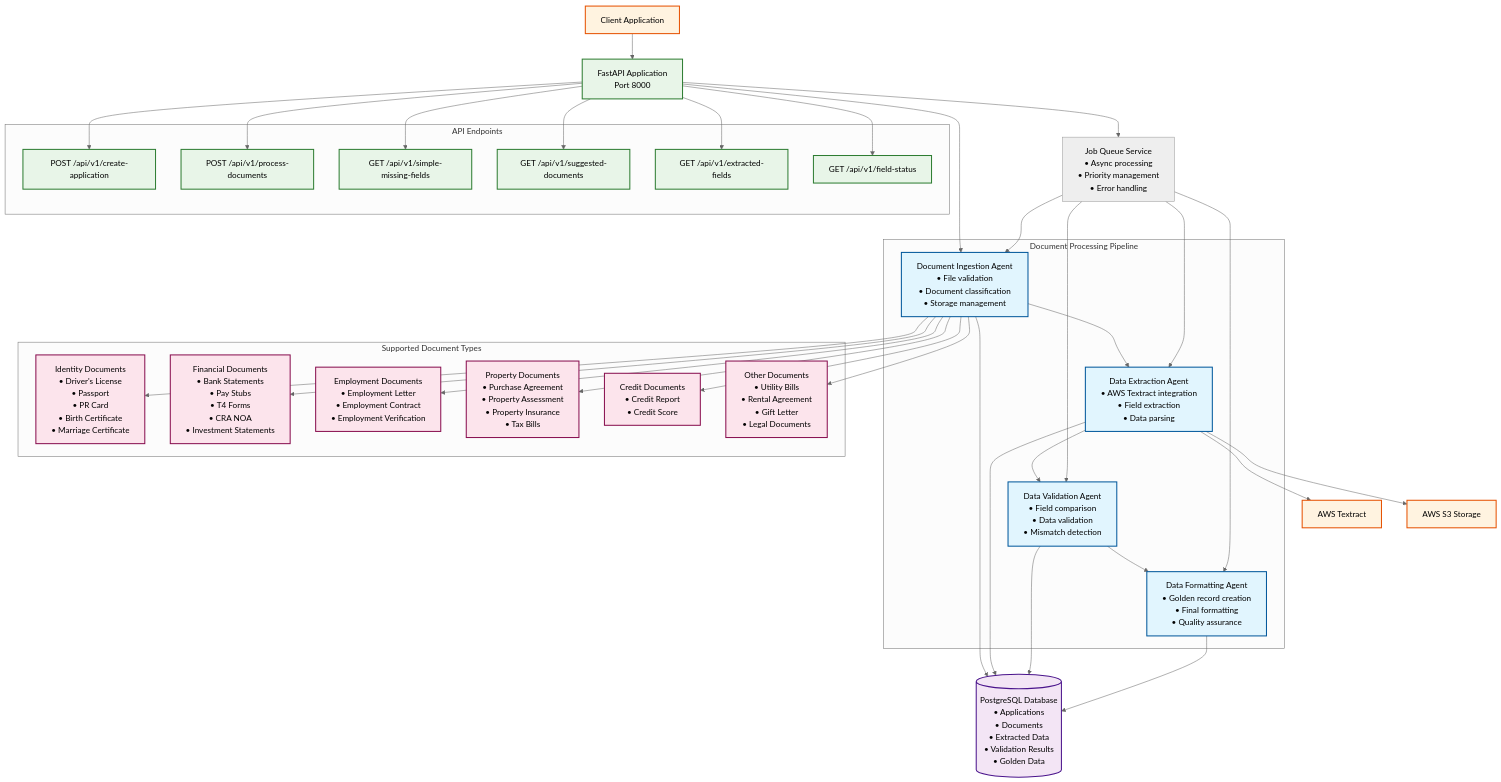
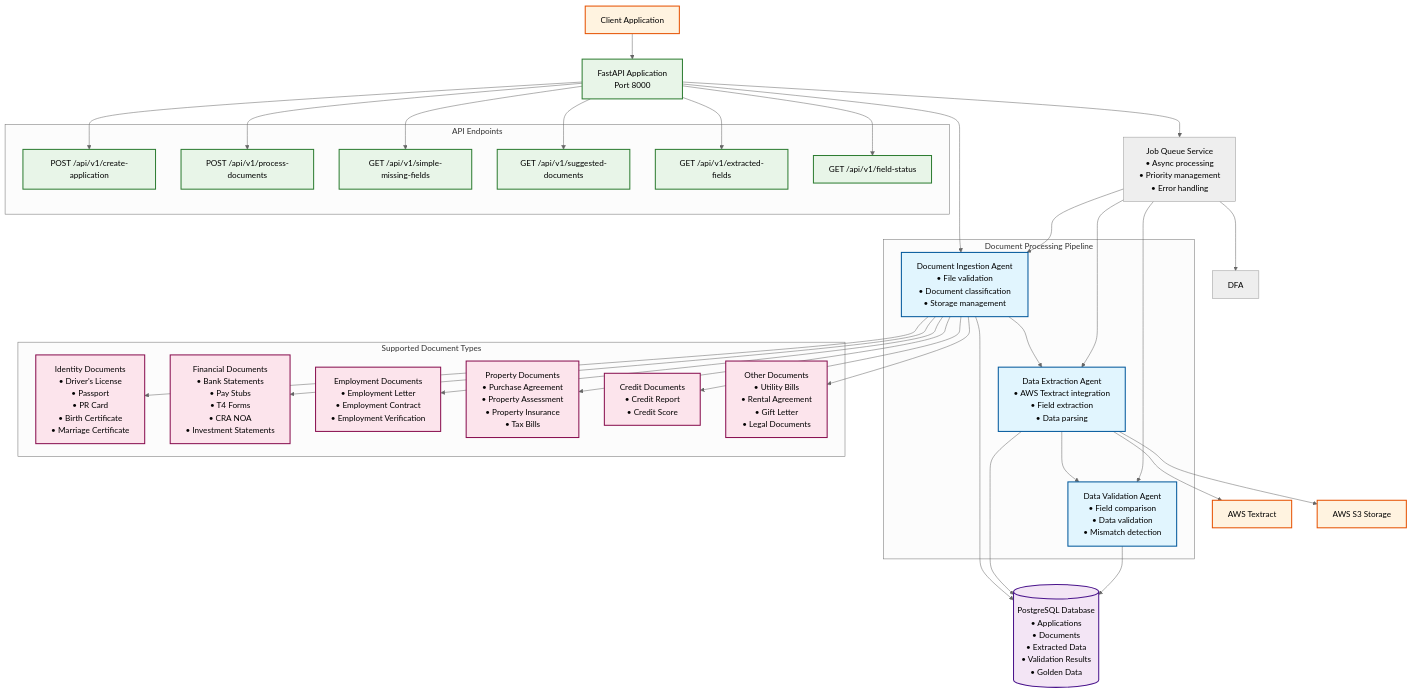
The first of 2 diagrams in README.md (Iamviratian1/application_doc_processor), drawn with Mermaid (neutral theme) before and after one commit. The commit also changed other lines of this file and 23 other files, not shown here.

```diff
--- a/README.md
+++ b/README.md
@@ -35,7 +33,6 @@
         DIA[Document Ingestion Agent<br/>• File validation<br/>• Document classification<br/>• Storage management]
         DEA[Data Extraction Agent<br/>• AWS Textract integration<br/>• Field extraction<br/>• Data parsing]
         DVA[Data Validation Agent<br/>• Field comparison<br/>• Data validation<br/>• Mismatch detection]
-        DFA[Data Formatting Agent<br/>• Golden record creation<br/>• Final formatting<br/>• Quality assurance]
     end
     
     %% Database
@@ -76,12 +73,9 @@
     API --> DIA
     DIA --> DEA
     DEA --> DVA
-    DVA --> DFA
-    
     DIA --> DB
     DEA --> DB
     DVA --> DB
-    DFA --> DB
     
     DEA --> AWS
     DEA --> S3
@@ -107,7 +101,7 @@
     classDef api fill:#e8f5e8,stroke:#2e7d32,stroke-width:2px
     classDef docs fill:#fce4ec,stroke:#880e4f,stroke-width:2px
     
-    class DIA,DEA,DVA,DFA agent
+    class DIA,DEA,DVA agent
     class DB database
     class Client,AWS,S3 external
     class API,EP1,EP2,EP3,EP4,EP5,EP6 api
```
